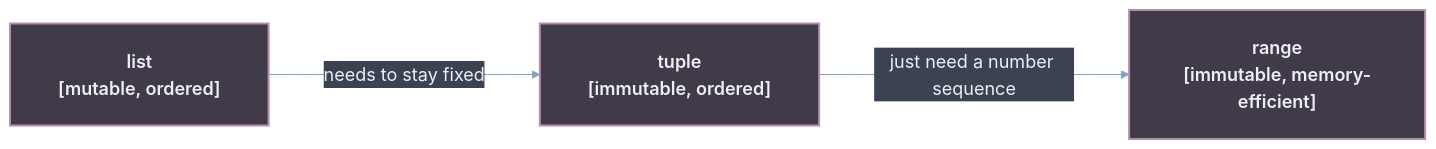
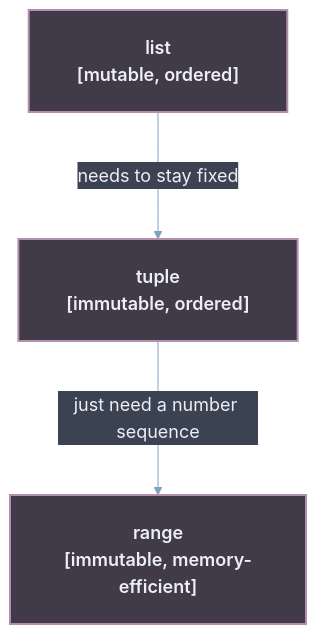
One commit to maliksiddiq/learning-agentic-ai changed the sixth of 9 diagrams in 01_ Python_For_ Agentic_ Ai/01 Data types/Readme.md. Above: the diagram before and after it, drawn with Mermaid. The commit also changed other lines of this file, not shown here.

````diff
--- a/01_ Python_For_ Agentic_ Ai/01 Data types/Readme.md
+++ b/01_ Python_For_ Agentic_ Ai/01 Data types/Readme.md
@@ -444,9 +504,9 @@
 ```mermaid
-%%{init: {'theme': 'base', 'themeVariables': {'background': '#2E3440', 'primaryColor': '#3B4252', 'primaryTextColor': '#ECEFF4', 'primaryBorderColor': '#B48EAD', 'lineColor': '#81A1C1', 'edgeLabelBackground': '#3B4252', 'fontSize': '18px', 'fontFamily': 'Segoe UI, Arial, sans-serif'}, 'flowchart': {'useMaxWidth': true, 'htmlLabels': true, 'nodeSpacing': 70, 'rankSpacing': 110, 'curve': 'basis', 'padding': 24}} }%%
-flowchart LR
+%%{init: {'theme': 'base', 'themeVariables': {'background': '#2E3440', 'primaryColor': '#3B4252', 'primaryTextColor': '#ECEFF4', 'primaryBorderColor': '#B48EAD', 'lineColor': '#81A1C1', 'edgeLabelBackground': '#3B4252', 'fontSize': '18px', 'fontFamily': 'Segoe UI, Arial, sans-serif'}, 'flowchart': {'useMaxWidth': true, 'htmlLabels': true, 'nodeSpacing': 60, 'rankSpacing': 100, 'curve': 'basis', 'padding': 24}} }%%
+flowchart TD
     L["list<br>[mutable, ordered]"] -->|"needs to stay fixed"| T["tuple<br>[immutable, ordered]"]
     T -->|"just need a number sequence"| R["range<br>[immutable, memory-efficient]"]
 
     classDef seq fill:#413B49,color:#ECEFF4,stroke:#B48EAD,stroke-width:2px,font-weight:600
     class L,T,R seq
 ```
````
